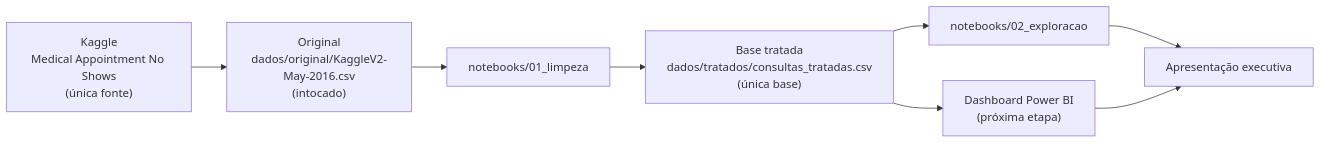
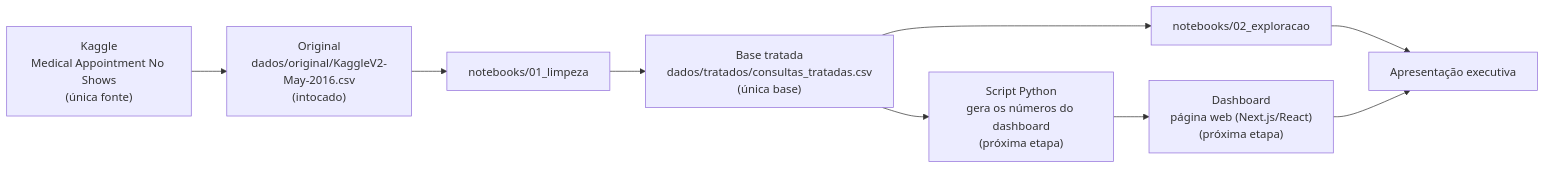
The diagram in docs/processo.md (cauedev30/analise-no-show-consultas), drawn with Mermaid before and after one commit. The commit also changed other lines of this file and 1 other file, not shown here.

Commit message:
Documenta as decisões do projeto final: dashboard em página web e roteiro da apresentação

````diff
--- a/docs/processo.md
+++ b/docs/processo.md
@@ -310,10 +310,11 @@
 ```mermaid
 flowchart LR
     K["Kaggle<br/>Medical Appointment No Shows<br/>(única fonte)"] --> A
     A["Original<br/>dados/original/KaggleV2-May-2016.csv<br/>(intocado)"] --> B["notebooks/01_limpeza"]
     B --> C["Base tratada<br/>dados/tratados/consultas_tratadas.csv<br/>(única base)"]
     C --> D["notebooks/02_exploracao"]
-    C --> E["Dashboard Power BI<br/>(próxima etapa)"]
+    C --> G["Script Python<br/>gera os números do dashboard<br/>(próxima etapa)"]
+    G --> E["Dashboard<br/>página web (Next.js/React)<br/>(próxima etapa)"]
     D --> F["Apresentação executiva"]
     E --> F
 ```
````
